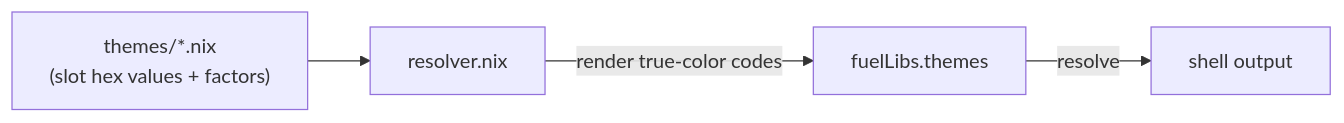
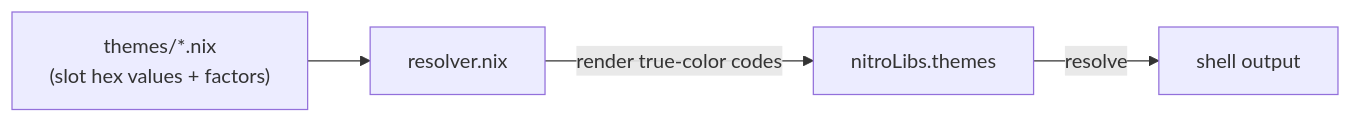
The diagram in libraries/themes/README.md (cig0/nix-batteries), drawn with Mermaid before and after one commit. The commit also changed other lines of this file and 22 other files, not shown here.

First line of the commit message:
refactor: rename project from nix-fuel to nix-nitro

````diff
--- a/libraries/themes/README.md
+++ b/libraries/themes/README.md
@@ -20,6 +20,6 @@
 ```mermaid
 graph LR
     A["themes/*.nix<br/>(slot hex values + factors)"] --> B["resolver.nix"]
-    B -->|"render true-color codes"| C["fuelLibs.themes"]
+    B -->|"render true-color codes"| C["nitroLibs.themes"]
     C -->|resolve| D["shell output"]
 ```
````
